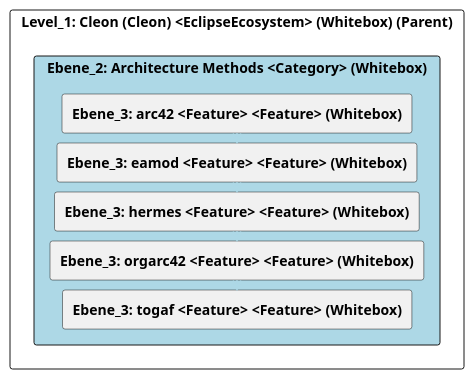
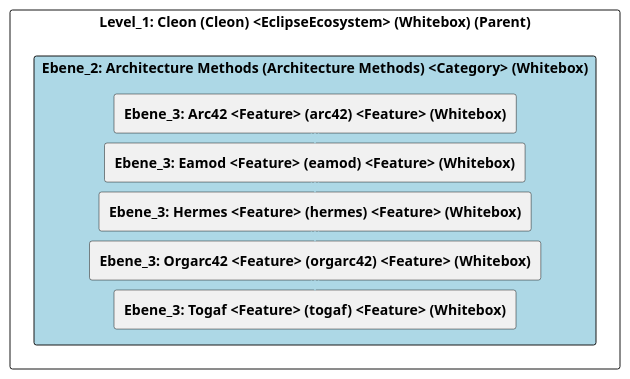
The diagram in doc/cleonproject_deliverables_architecture_model_architecture/adoc/de/05_bausteinsicht/cleon/architecture_methods/ebene_2_architecture_methods.adoc (marcozwyssig/cleon), drawn with PlantUML before and after one commit. The commit also changed other lines of this file and 166 other files, not shown here.

```diff
--- a/doc/cleonproject_deliverables_architecture_model_architecture/adoc/de/05_bausteinsicht/cleon/architecture_methods/ebene_2_architecture_methods.adoc
+++ b/doc/cleonproject_deliverables_architecture_model_architecture/adoc/de/05_bausteinsicht/cleon/architecture_methods/ebene_2_architecture_methods.adoc
@@ -24,34 +24,34 @@
-[plantuml, Ebene_2: Architecture Methods <Category> (Whitebox)BlockOverview, format="svg"]
+[plantuml, Ebene_2: Architecture Methods (Architecture Methods) <Category> (Whitebox)BlockOverview, format="svg"]
 ----
-@startuml Ebene_2: Architecture Methods <Category> (Whitebox)BuildingBlockOverview
+@startuml Ebene_2: Architecture Methods (Architecture Methods) <Category> (Whitebox)BuildingBlockOverview
 
 skinparam ranksep 10
 skinparam componentStyle rectangle
 skinparam shadowing false
 skinparam arrowColor lightblue
 skinparam arrowThickness 1.2
 skinparam rectangle {
   BackgroundColor White
   BorderColor #333
   RoundCorner 10
 }
 top to bottom direction
 
 component "Level_1: Cleon (Cleon) <EclipseEcosystem> (Whitebox) (Parent)" {
-    component "Ebene_2: Architecture Methods <Category> (Whitebox)" #lightblue {
-        [**Ebene_3: arc42 <Feature> <Feature> (Whitebox)**] as 4905A654_D579_11EE_903E_9F564E4DE07E
-        [**Ebene_3: eamod <Feature> <Feature> (Whitebox)**] as 49057F36_D579_11EE_903E_9F564E4DE07E
-        [**Ebene_3: hermes <Feature> <Feature> (Whitebox)**] as 5F655CDC_DCBE_11EF_87B5_5327CB6D0EC7
-        [**Ebene_3: orgarc42 <Feature> <Feature> (Whitebox)**] as 49057F33_D579_11EE_903E_9F564E4DE07E
-        [**Ebene_3: togaf <Feature> <Feature> (Whitebox)**] as 4905581C_D579_11EE_903E_9F564E4DE07E
+    component "Ebene_2: Architecture Methods (Architecture Methods) <Category> (Whitebox)" #lightblue {
+        [**Ebene_3: Arc42 <Feature> (arc42) <Feature> (Whitebox)**] as 4905A654_D579_11EE_903E_9F564E4DE07E
+        [**Ebene_3: Eamod <Feature> (eamod) <Feature> (Whitebox)**] as 49057F36_D579_11EE_903E_9F564E4DE07E
+        [**Ebene_3: Hermes <Feature> (hermes) <Feature> (Whitebox)**] as 5F655CDC_DCBE_11EF_87B5_5327CB6D0EC7
+        [**Ebene_3: Orgarc42 <Feature> (orgarc42) <Feature> (Whitebox)**] as 49057F33_D579_11EE_903E_9F564E4DE07E
+        [**Ebene_3: Togaf <Feature> (togaf) <Feature> (Whitebox)**] as 4905581C_D579_11EE_903E_9F564E4DE07E
     }
 
     4905A654_D579_11EE_903E_9F564E4DE07E -down-> 49057F36_D579_11EE_903E_9F564E4DE07E
     49057F36_D579_11EE_903E_9F564E4DE07E -down-> 5F655CDC_DCBE_11EF_87B5_5327CB6D0EC7
     5F655CDC_DCBE_11EF_87B5_5327CB6D0EC7 -down-> 49057F33_D579_11EE_903E_9F564E4DE07E
     49057F33_D579_11EE_903E_9F564E4DE07E -down-> 4905581C_D579_11EE_903E_9F564E4DE07E
     
 }
 
 @enduml
 ----
```
